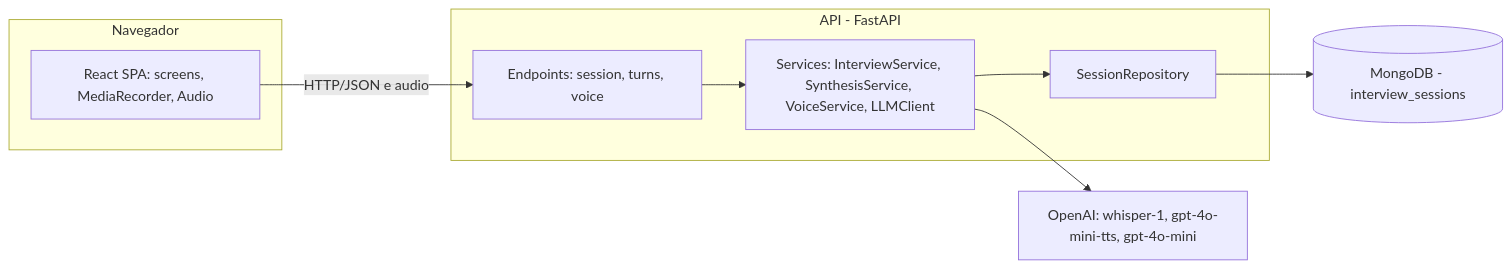
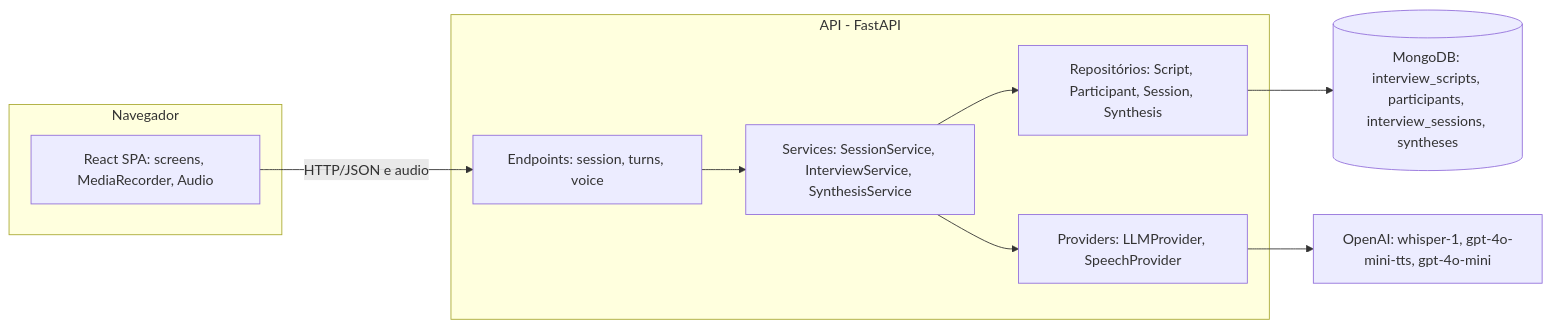
The first of 4 diagrams in README.md (joaopaulotr/AEP-ESOFT6SA), drawn with Mermaid before and after one commit. The commit also changed other lines of this file and 1 other file, not shown here.

````diff
--- a/README.md
+++ b/README.md
@@ -72,19 +72,21 @@
 ```mermaid
 flowchart LR
     subgraph Navegador
         UI[React SPA: screens, MediaRecorder, Audio]
     end
     subgraph API_FastAPI[API - FastAPI]
         EP[Endpoints: session, turns, voice]
-        SV[Services: InterviewService, SynthesisService, VoiceService, LLMClient]
-        RP[SessionRepository]
+        SV[Services: SessionService, InterviewService, SynthesisService]
+        PV[Providers: LLMProvider, SpeechProvider]
+        RP[Repositórios: Script, Participant, Session, Synthesis]
     end
-    DB[(MongoDB - interview_sessions)]
+    DB[(MongoDB: interview_scripts, participants, interview_sessions, syntheses)]
     AI[OpenAI: whisper-1, gpt-4o-mini-tts, gpt-4o-mini]
 
     UI -- HTTP/JSON e audio --> EP
     EP --> SV
     SV --> RP
     RP --> DB
-    SV --> AI
+    SV --> PV
+    PV --> AI
 ```
````
